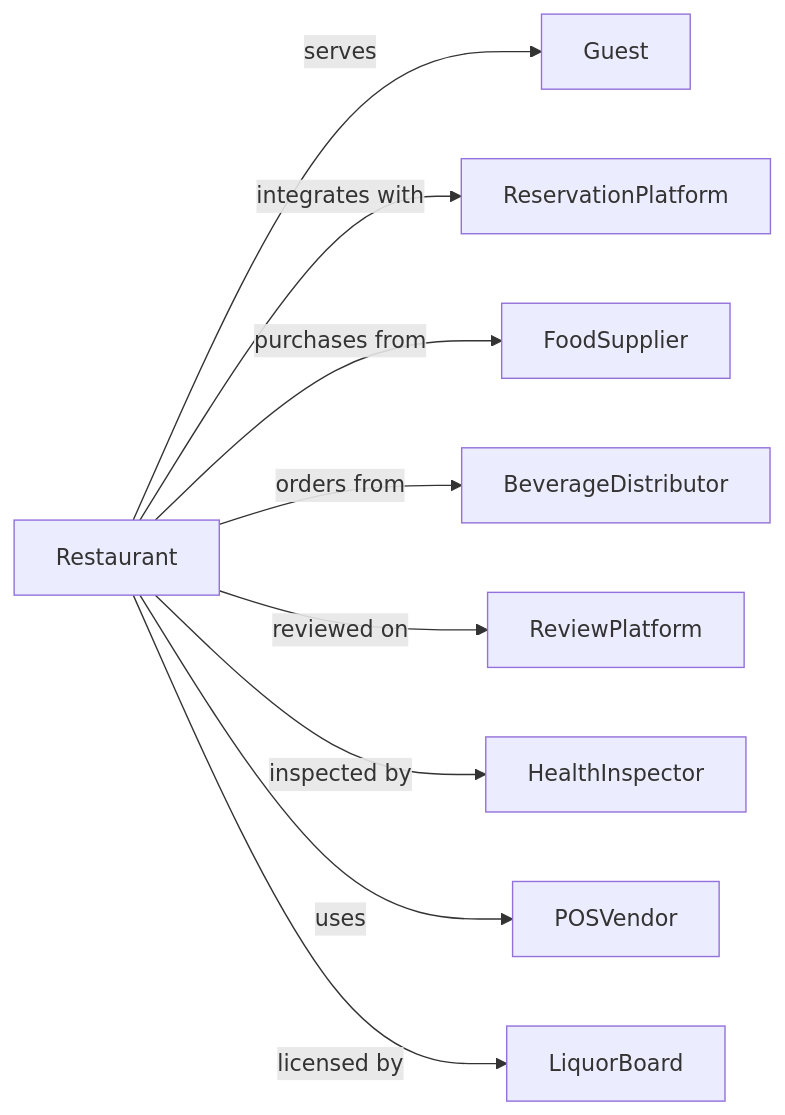
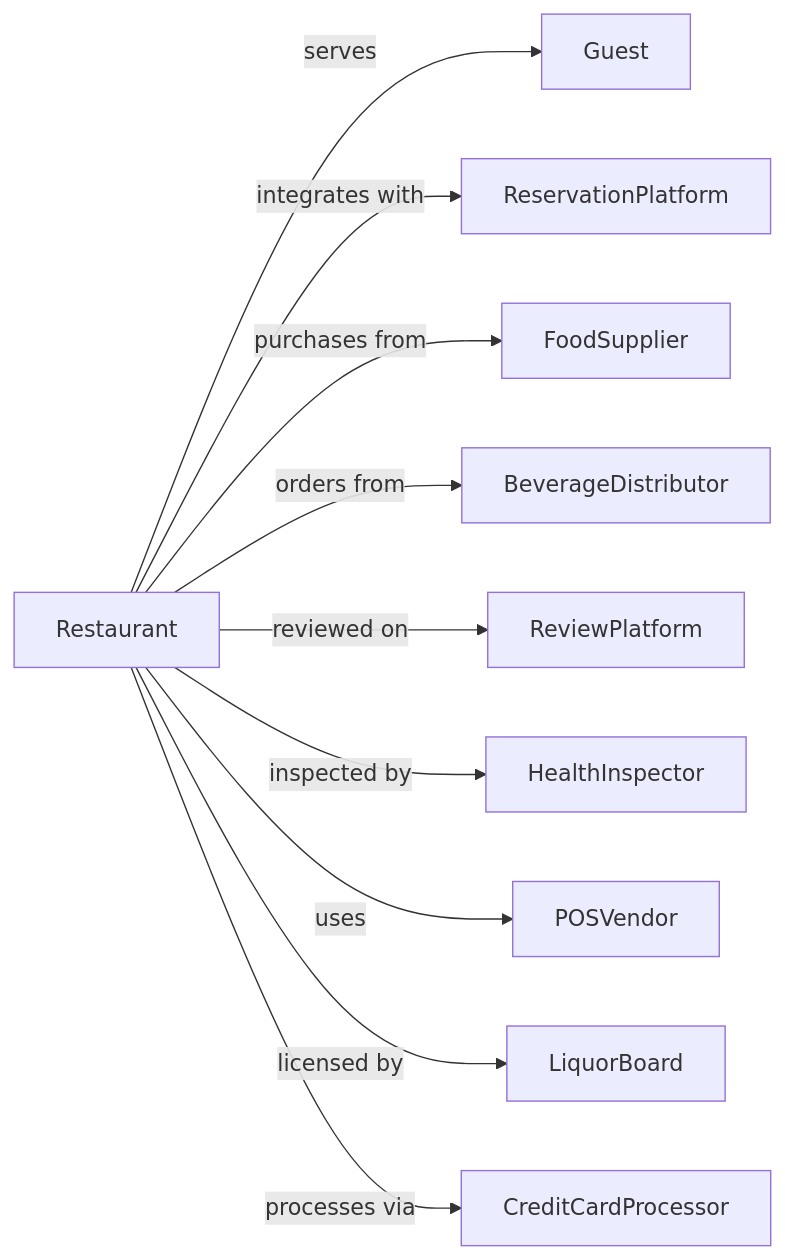
The second of 2 diagrams in Accommodation/FoodServicesAndDrinkingPlaces/RestaurantsAndOtherEatingPlaces/FullServiceRestaurants.mdx (dot-org-ai/industries.org.ai), drawn with Mermaid before and after one commit. The commit also changed 588 other files, not shown here.

````diff
--- a/Accommodation/FoodServicesAndDrinkingPlaces/RestaurantsAndOtherEatingPlaces/FullServiceRestaurants.mdx
+++ b/Accommodation/FoodServicesAndDrinkingPlaces/RestaurantsAndOtherEatingPlaces/FullServiceRestaurants.mdx
@@ -140,13 +140,14 @@
 ```mermaid
 graph LR
     R[Restaurant]
 
     R -->|serves| Guest
     R -->|integrates with| ReservationPlatform
     R -->|purchases from| FoodSupplier
     R -->|orders from| BeverageDistributor
     R -->|reviewed on| ReviewPlatform
     R -->|inspected by| HealthInspector
     R -->|uses| POSVendor
     R -->|licensed by| LiquorBoard
+    R -->|processes via| CreditCardProcessor
 ```
````
